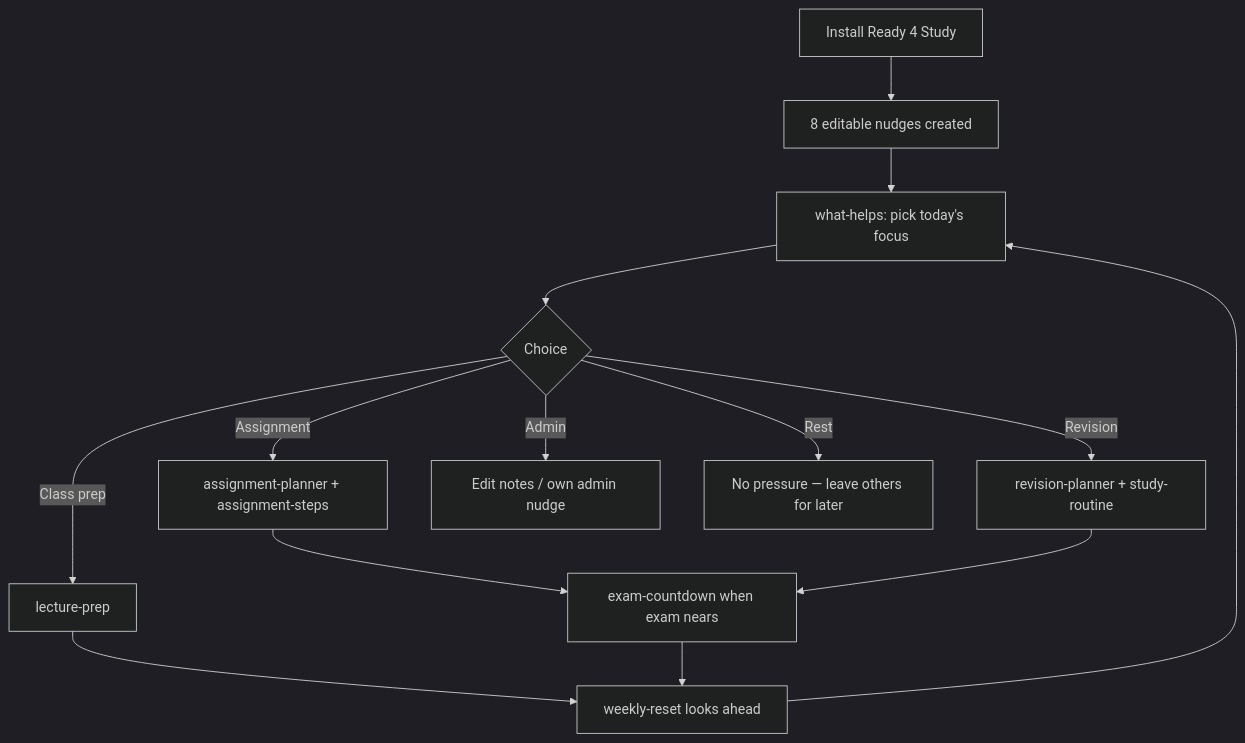
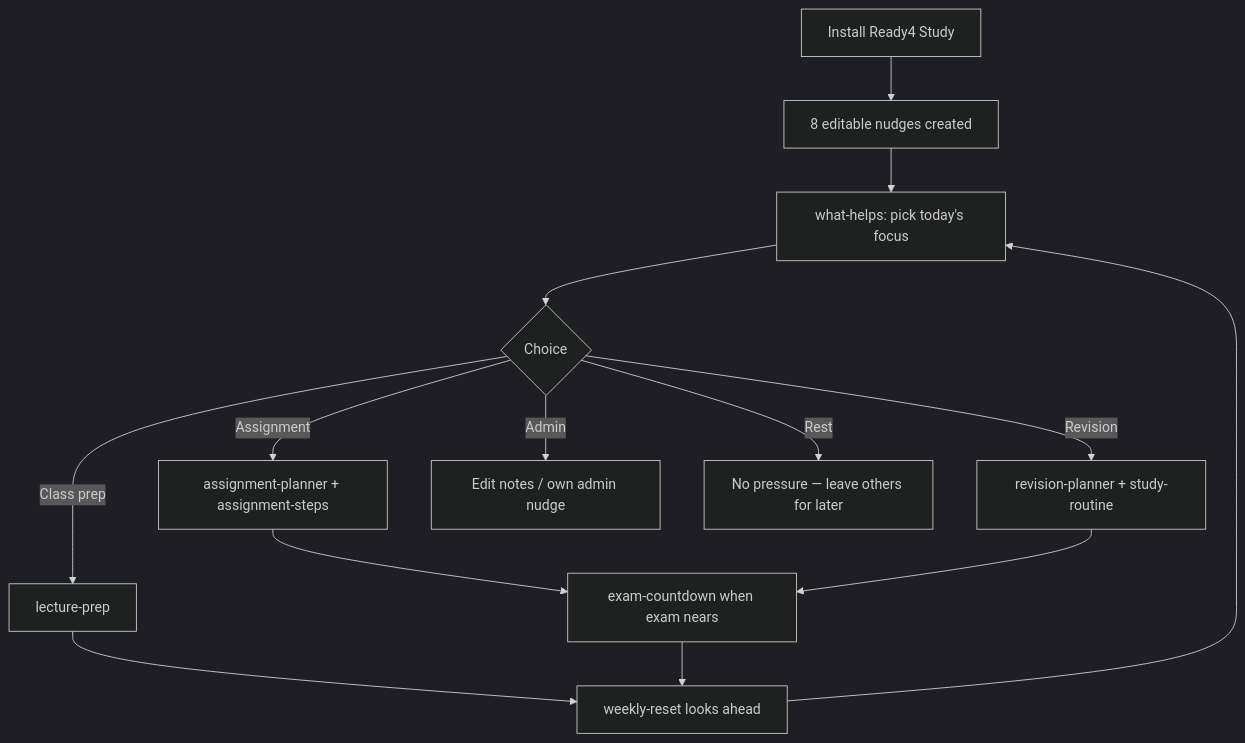
One commit to HCFC-CS/nudgemeready changed the first of 11 diagrams in docs/product/ready4/01-study-process-flow.md. Above: the diagram before and after it, drawn with Mermaid (dark theme). The commit also changed other lines of this file and 61 other files, not shown here.

````diff
--- a/docs/product/ready4/01-study-process-flow.md
+++ b/docs/product/ready4/01-study-process-flow.md
@@ -12,16 +12,16 @@
 ```mermaid
 flowchart TD
-  A[Install Ready 4 Study] --> B[8 editable nudges created]
+  A[Install Ready4 Study] --> B[8 editable nudges created]
   B --> C[what-helps: pick today's focus]
   C --> D{Choice}
   D -->|Assignment| E[assignment-planner + assignment-steps]
   D -->|Revision| F[revision-planner + study-routine]
   D -->|Class prep| G[lecture-prep]
   D -->|Admin| H[Edit notes / own admin nudge]
   D -->|Rest| I[No pressure — leave others for later]
   E --> J[exam-countdown when exam nears]
   F --> J
   G --> K[weekly-reset looks ahead]
   J --> K
   K --> C
 ```
````
